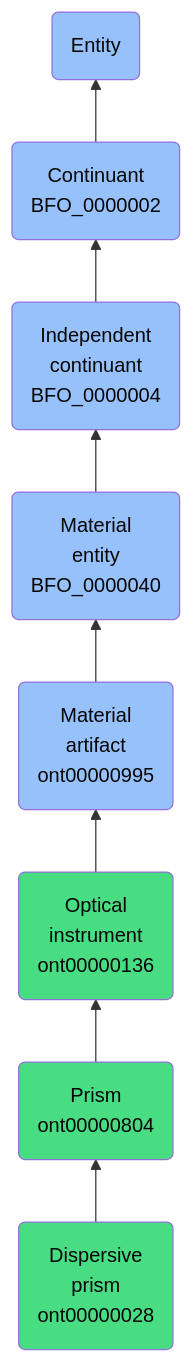
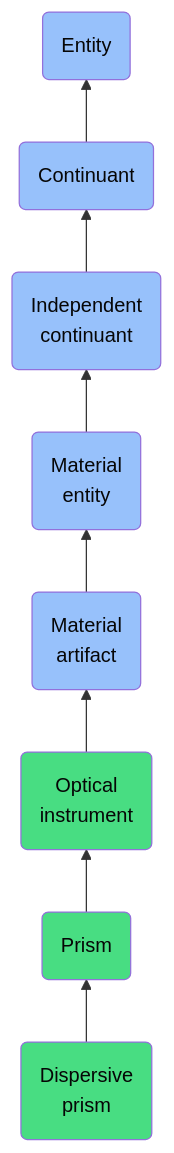
Before and after one commit to jupyter-naas/abi: the diagram in docs/ontology/reference/model/Entity/Continuant/Independent continuant/Material entity/Material artifact/Optical instrument/Prism/Dispersive prism/Dispersive prism.md, drawn with Mermaid. The commit also changed other lines of this file and 1430 other files, not shown here.

````diff
--- a/docs/ontology/reference/model/Entity/Continuant/Independent continuant/Material entity/Material artifact/Optical instrument/Prism/Dispersive prism/Dispersive prism.md
+++ b/docs/ontology/reference/model/Entity/Continuant/Independent continuant/Material entity/Material artifact/Optical instrument/Prism/Dispersive prism/Dispersive prism.md
@@ -24,15 +24,15 @@
 ```mermaid
 graph BT
-    ont00000028(Dispersive<br>prism<br>ont00000028):::ABI-->ont00000804
-    ont00000804(Prism<br>ont00000804):::ABI-->ont00000136
-    ont00000136(Optical<br>instrument<br>ont00000136):::ABI-->ont00000995
-    ont00000995(Material<br>artifact<br>ont00000995):::BFO-->BFO_0000040
-    BFO_0000040(Material<br>entity<br>BFO_0000040):::BFO-->BFO_0000004
-    BFO_0000004(Independent<br>continuant<br>BFO_0000004):::BFO-->BFO_0000002
-    BFO_0000002(Continuant<br>BFO_0000002):::BFO-->BFO_0000001
+    ont00000028(Dispersive<br>prism):::ABI-->ont00000804
+    ont00000804(Prism):::ABI-->ont00000136
+    ont00000136(Optical<br>instrument):::ABI-->ont00000995
+    ont00000995(Material<br>artifact):::BFO-->BFO_0000040
+    BFO_0000040(Material<br>entity):::BFO-->BFO_0000004
+    BFO_0000004(Independent<br>continuant):::BFO-->BFO_0000002
+    BFO_0000002(Continuant):::BFO-->BFO_0000001
     BFO_0000001(Entity):::BFO
     
     classDef BFO fill:#97c1fb,color:#060606
     classDef CCO fill:#e4c51e,color:#060606
     classDef ABI fill:#48DD82,color:#060606
 ```
````
